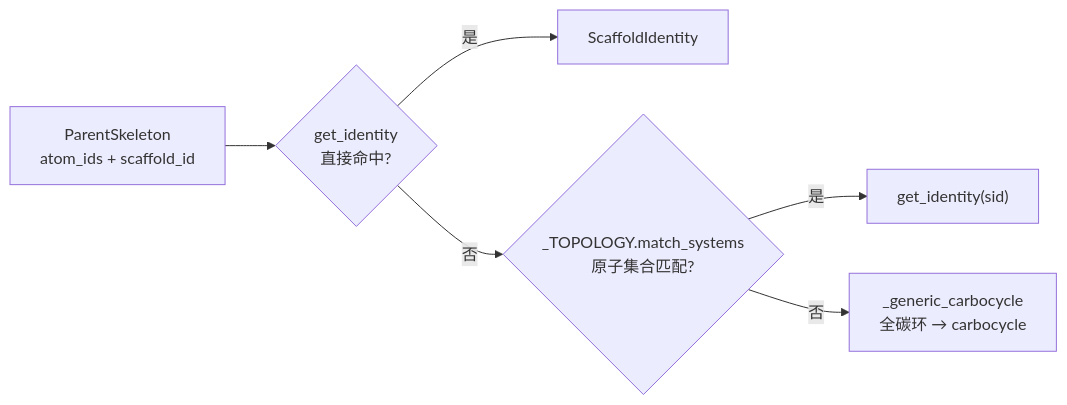
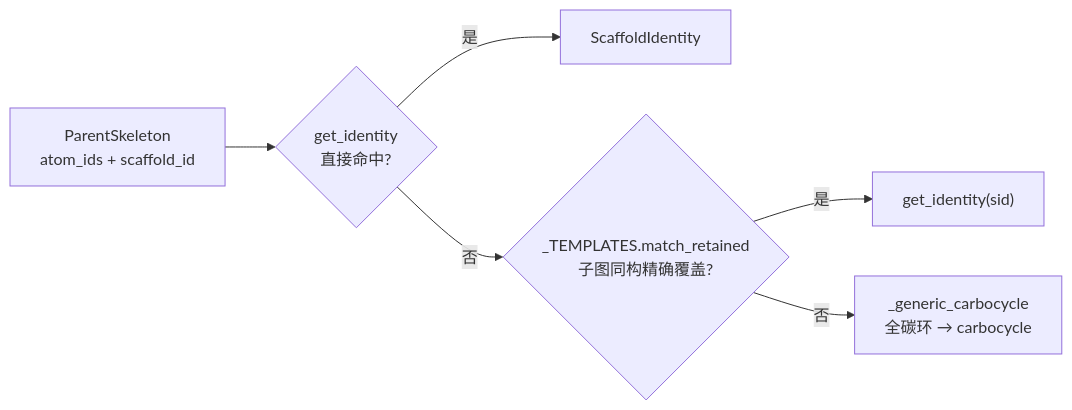
Before and after one commit to zouxiaofei1/OpenSMILES: the second of 3 diagrams in docs/wiki/architecture/layer2-parent-selector.md, drawn with Mermaid. The commit also changed other lines of this file and 10 other files, not shown here.

````diff
--- a/docs/wiki/architecture/layer2-parent-selector.md
+++ b/docs/wiki/architecture/layer2-parent-selector.md
@@ -101,8 +100,8 @@
 ```mermaid
 flowchart LR
     A["ParentSkeleton<br/>atom_ids + scaffold_id"] --> B{"get_identity<br/>直接命中?"}
     B -->|是| ID1["ScaffoldIdentity"]
-    B -->|否| C{"_TOPOLOGY.match_systems<br/>原子集合匹配?"}
+    B -->|否| C{"_TEMPLATES.match_retained<br/>子图同构精确覆盖?"}
     C -->|是| ID2["get_identity(sid)"]
     C -->|否| D["_generic_carbocycle<br/>全碳环 → carbocycle"]
 ```
````
